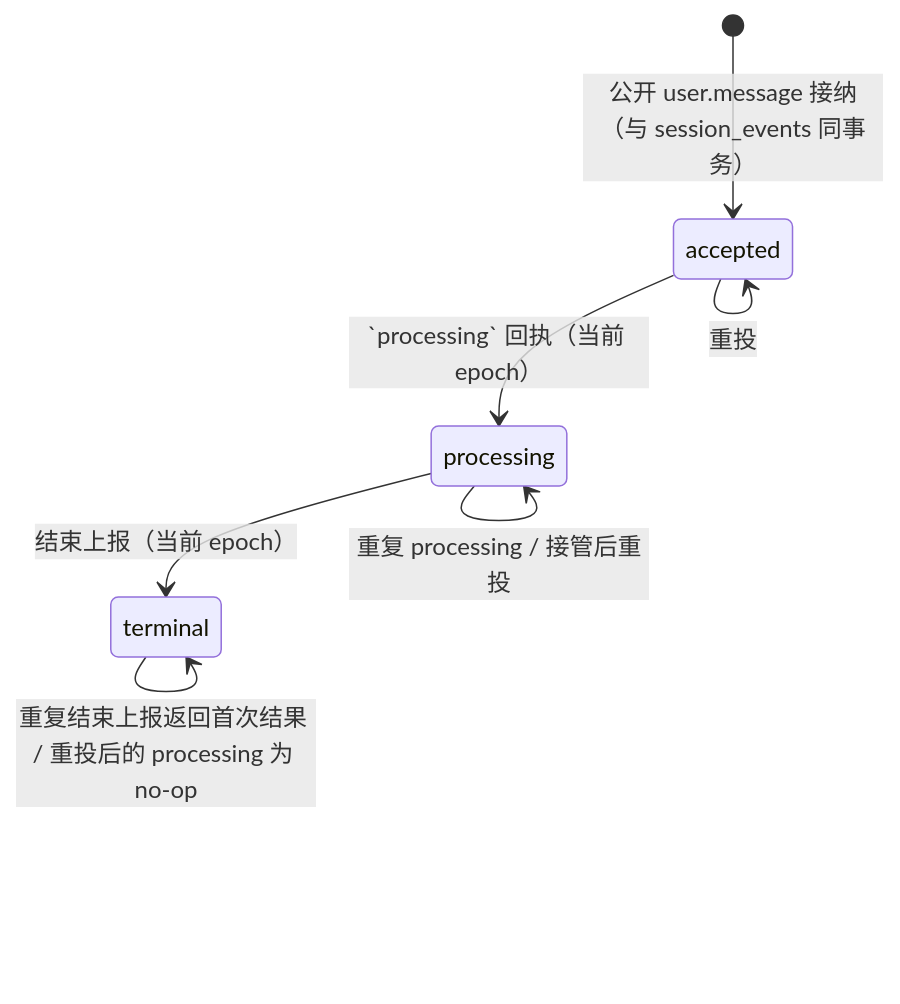
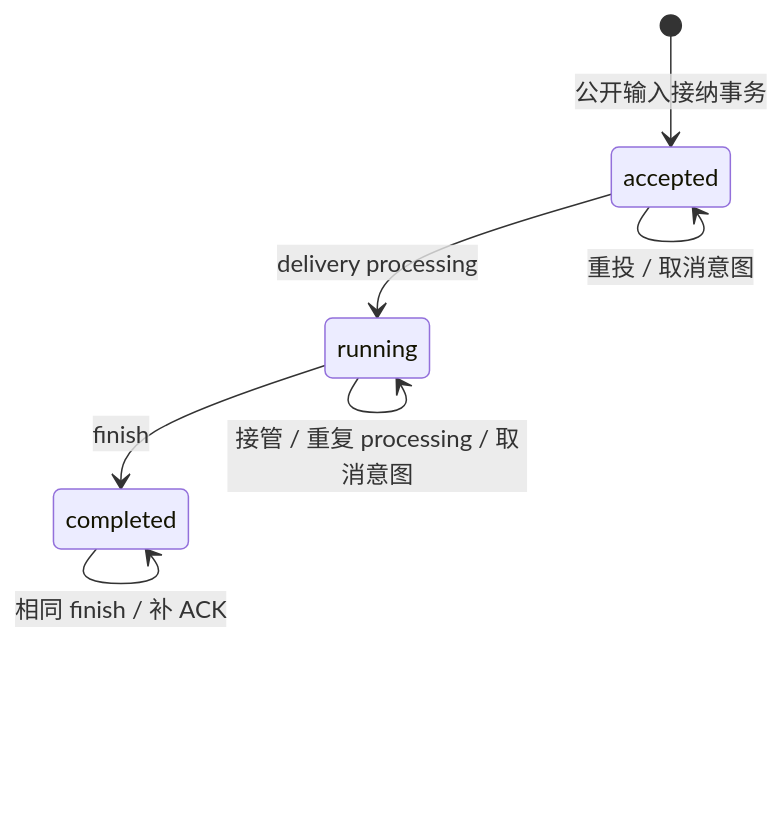
The second of 2 diagrams in docs/design/be/dsrv1/protocol.md (superduck-ai/open-managed-agents), drawn with Mermaid before and after one commit. The commit also changed other lines of this file and 280 other files, not shown here.

````diff
--- a/docs/design/be/dsrv1/protocol.md
+++ b/docs/design/be/dsrv1/protocol.md
@@ -607,9 +608,9 @@
 ```mermaid
 stateDiagram-v2
-    [*] --> accepted: 公开 user.message 接纳（与 session_events 同事务）
-    accepted --> processing: `processing` 回执（当前 epoch）
-    processing --> terminal: 结束上报（当前 epoch）
-    accepted --> accepted: 重投
-    processing --> processing: 重复 processing / 接管后重投
-    terminal --> terminal: 重复结束上报返回首次结果 / 重投后的 processing 为 no-op
+    [*] --> accepted: 公开输入接纳事务
+    accepted --> running: delivery processing
+    running --> completed: finish
+    accepted --> accepted: 重投 / 取消意图
+    running --> running: 接管 / 重复 processing / 取消意图
+    completed --> completed: 相同 finish / 补 ACK
 ```
````
